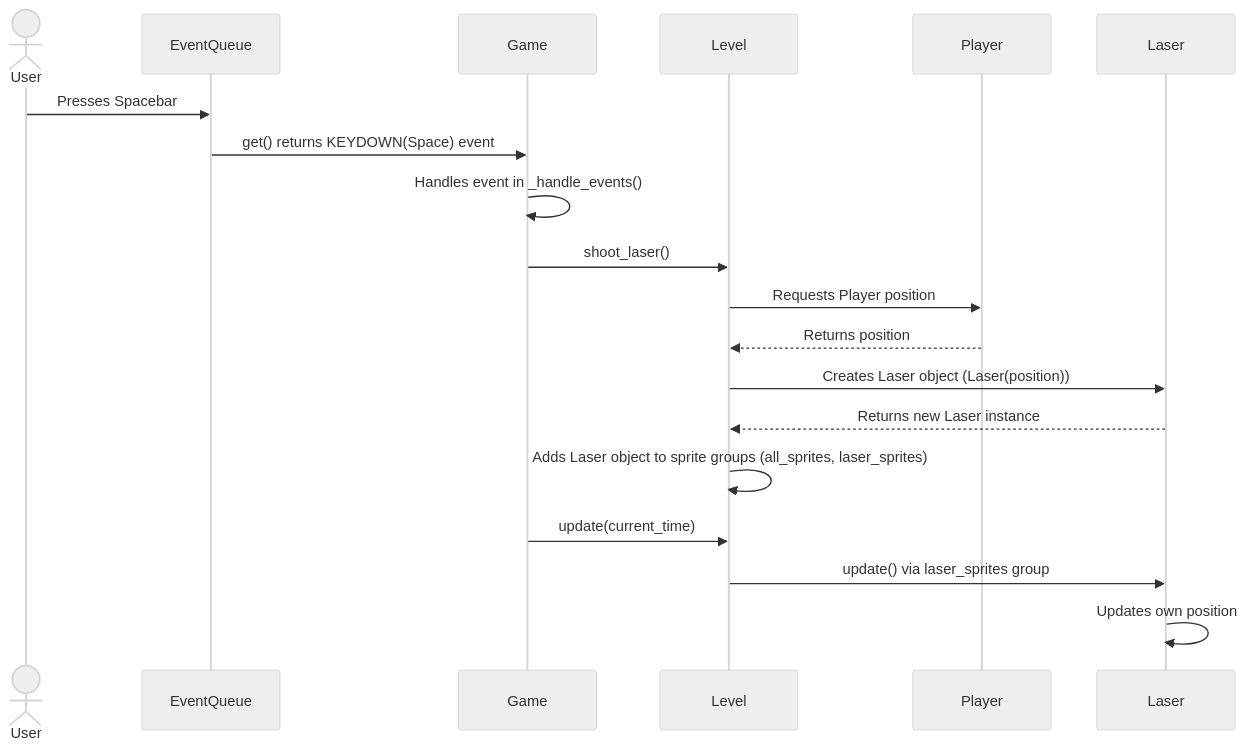
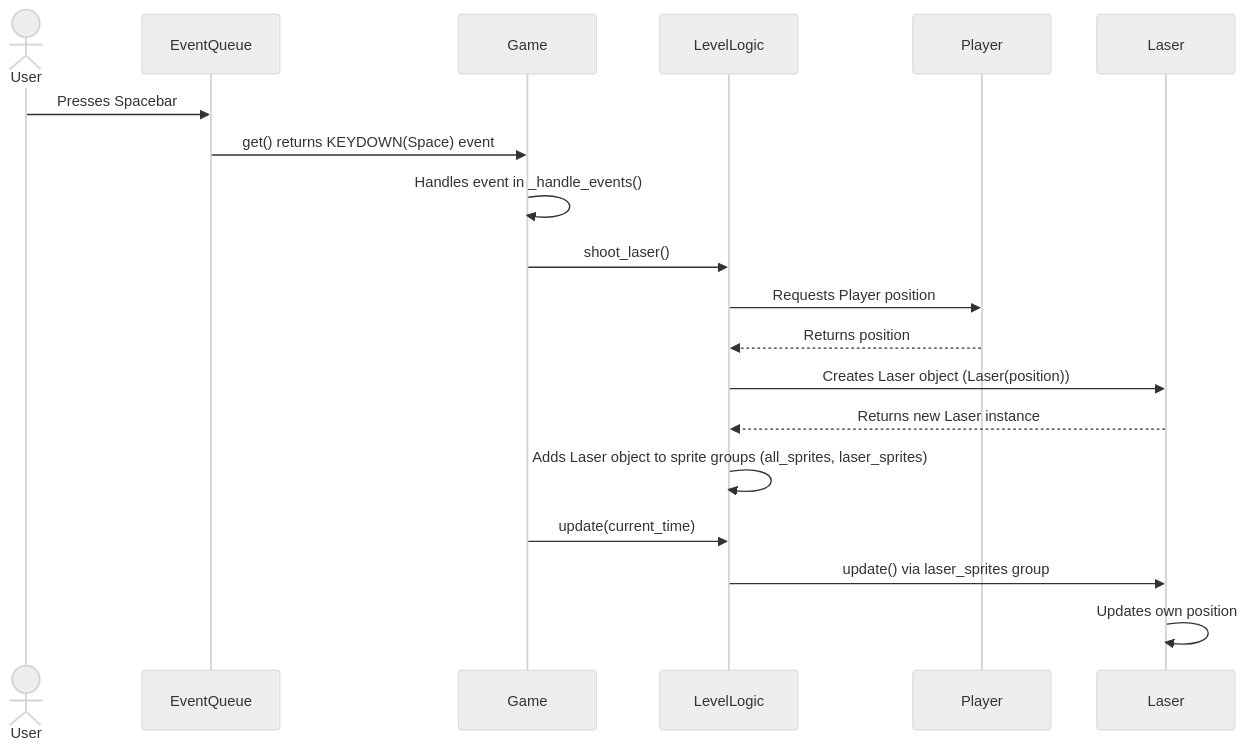
The second of 4 diagrams in dokumentaatio/arkkitehtuuri.md (ilkkj/ot-harjoitustyo), drawn with Mermaid (neutral theme) before and after one commit. The commit also changed other lines of this file and 44 other files, not shown here.

````diff
--- a/dokumentaatio/arkkitehtuuri.md
+++ b/dokumentaatio/arkkitehtuuri.md
@@ -68,24 +86,24 @@
 ```mermaid
 sequenceDiagram
     actor User
     participant EventQueue
     participant Game
-    participant Level
+    participant LevelLogic
     participant Player
     participant Laser
 
     User->>EventQueue: Presses Spacebar
 
     EventQueue->>Game: get() returns KEYDOWN(Space) event
     Game->>Game: Handles event in _handle_events()
-    Game->>Level: shoot_laser()
-    Level->>Player: Requests Player position
-    Player-->>Level: Returns position
-    Level->>Laser: Creates Laser object (Laser(position))
-    Laser-->>Level: Returns new Laser instance
-    Level->>Level: Adds Laser object to sprite groups (all_sprites, laser_sprites)
+    Game->>LevelLogic: shoot_laser()
+    LevelLogic->>Player: Requests Player position
+    Player-->>LevelLogic: Returns position
+    LevelLogic->>Laser: Creates Laser object (Laser(position))
+    Laser-->>LevelLogic: Returns new Laser instance
+    LevelLogic->>LevelLogic: Adds Laser object to sprite groups (all_sprites, laser_sprites)
 
-    Game->>Level: update(current_time)
-    Level->>Laser: update() via laser_sprites group
+    Game->>LevelLogic: update(current_time)
+    LevelLogic->>Laser: update() via laser_sprites group
     Laser->>Laser: Updates own position
 ```
````
